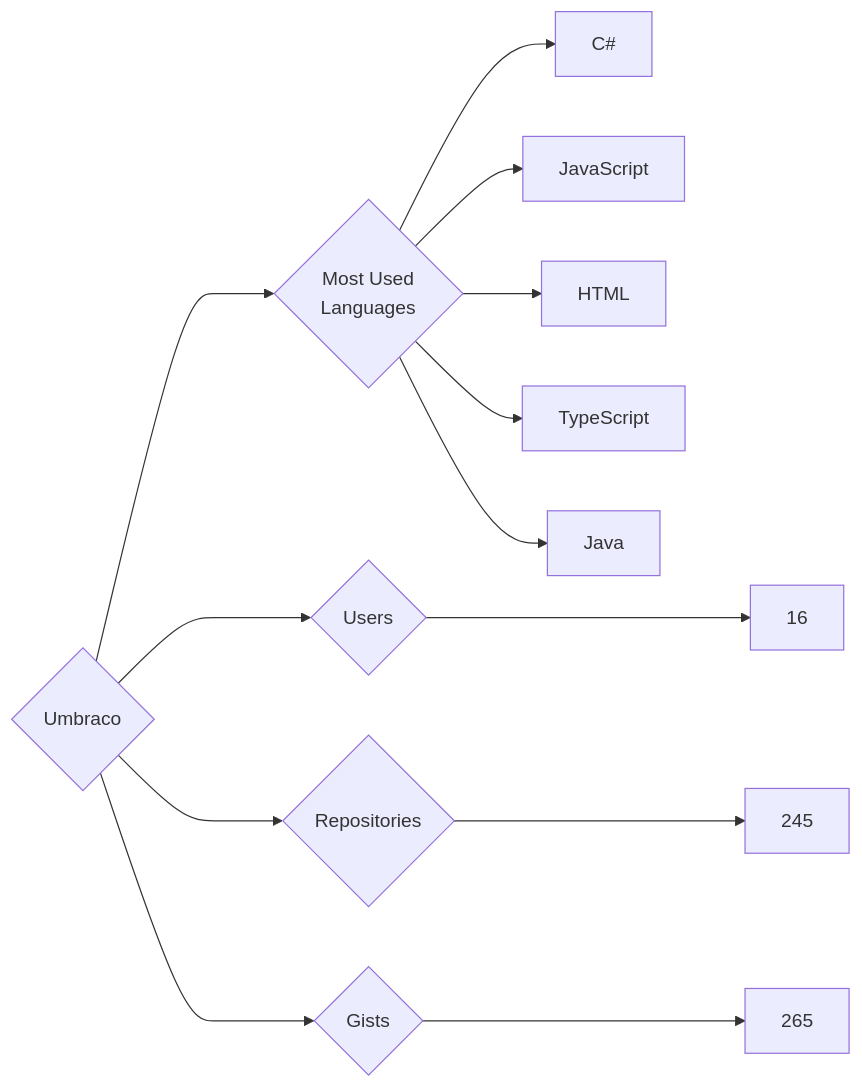
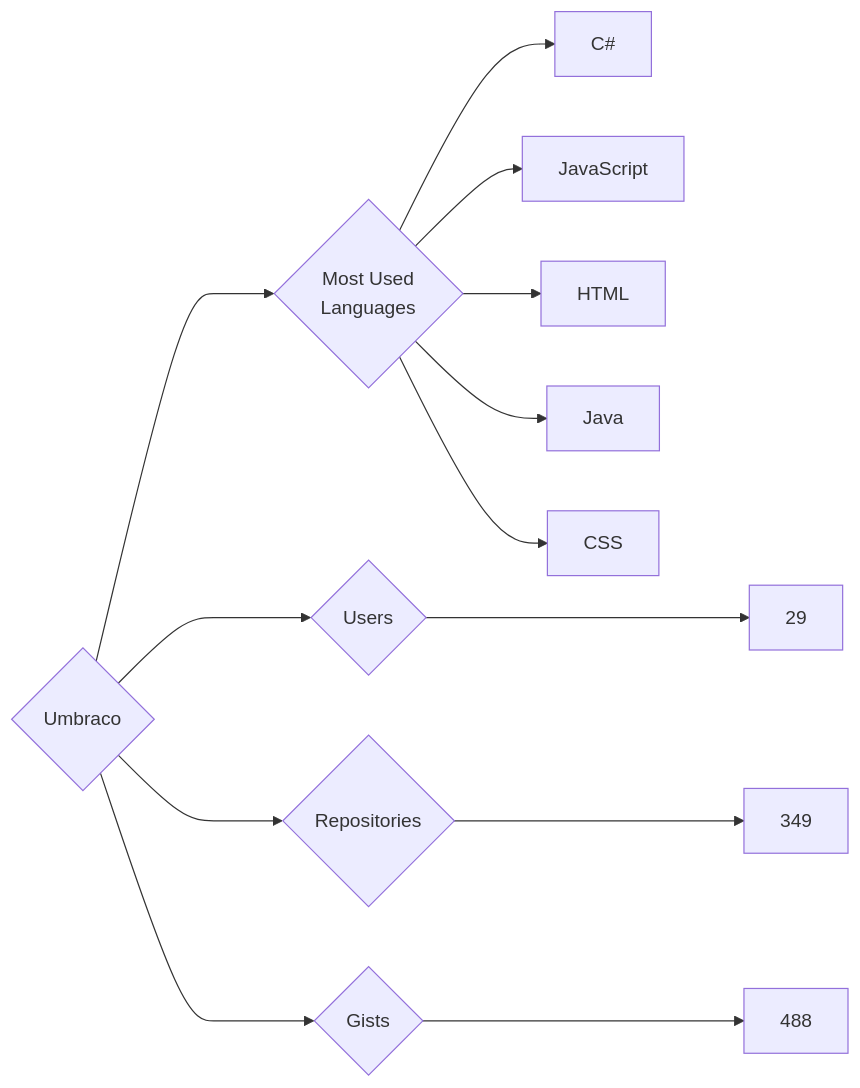
Before and after one commit to trickest/insiders: the diagram in targets/Umbraco/README.md, drawn with Mermaid. The commit also changed 948 other files, not shown here.

````diff
--- a/targets/Umbraco/README.md
+++ b/targets/Umbraco/README.md
@@ -3,13 +3,13 @@
 ```mermaid
 graph LR
 COMPANY_NAME{Umbraco}
-COMPANY_NAME ---> U{Users} ---> UN[16]
-COMPANY_NAME ---> R{Repositories} ---> RN[245]
-COMPANY_NAME ---> G{Gists} ---> GN[265]
+COMPANY_NAME ---> U{Users} ---> UN[29]
+COMPANY_NAME ---> R{Repositories} ---> RN[349]
+COMPANY_NAME ---> G{Gists} ---> GN[488]
 COMPANY_NAME ---> ML{Most Used<br>Languages}
 ML --> C#[C#]
 ML --> JavaScript[JavaScript]
 ML --> HTML[HTML]
-ML --> TypeScript[TypeScript]
 ML --> Java[Java]
+ML --> CSS[CSS]
 ```
````
